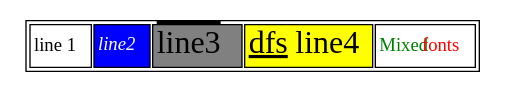
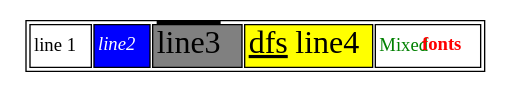
The diagram in inputs/html_font.dot (nadavrot/layout), drawn with Graphviz before and after one commit. The commit also changed 2 other files, not shown here.

```diff
--- a/inputs/html_font.dot
+++ b/inputs/html_font.dot
@@ -1,20 +1,20 @@
 digraph structs {
     node [shape=plaintext];
 
     struct1 [label=<<TABLE>
 			<TR>
         <TD>line 1</TD>
         <TD BGCOLOR="blue"><I><FONT COLOR="white">line2</FONT></I></TD>
         <TD BGCOLOR="gray"><FONT POINT-SIZE="24.0"><O>line3</O></FONT></TD>
         <TD BGCOLOR="yellow"><FONT POINT-SIZE="24.0" FACE="ambrosia"><U>dfs<S>line4</S></U></FONT></TD>
         <TD>
           <TABLE CELLPADDING="0" BORDER="0" CELLSPACING="0">
 						<TR>
 							<TD><FONT COLOR="green" FACE="Cursive">Mixed</FONT></TD>
-							<TD><FONT COLOR="red">fonts</FONT></TD>
+							<TD><FONT COLOR="red"><B>fonts</B></FONT></TD>
 						</TR>
           </TABLE>
         </TD>
       </TR>
     </TABLE>>];
 }
```
